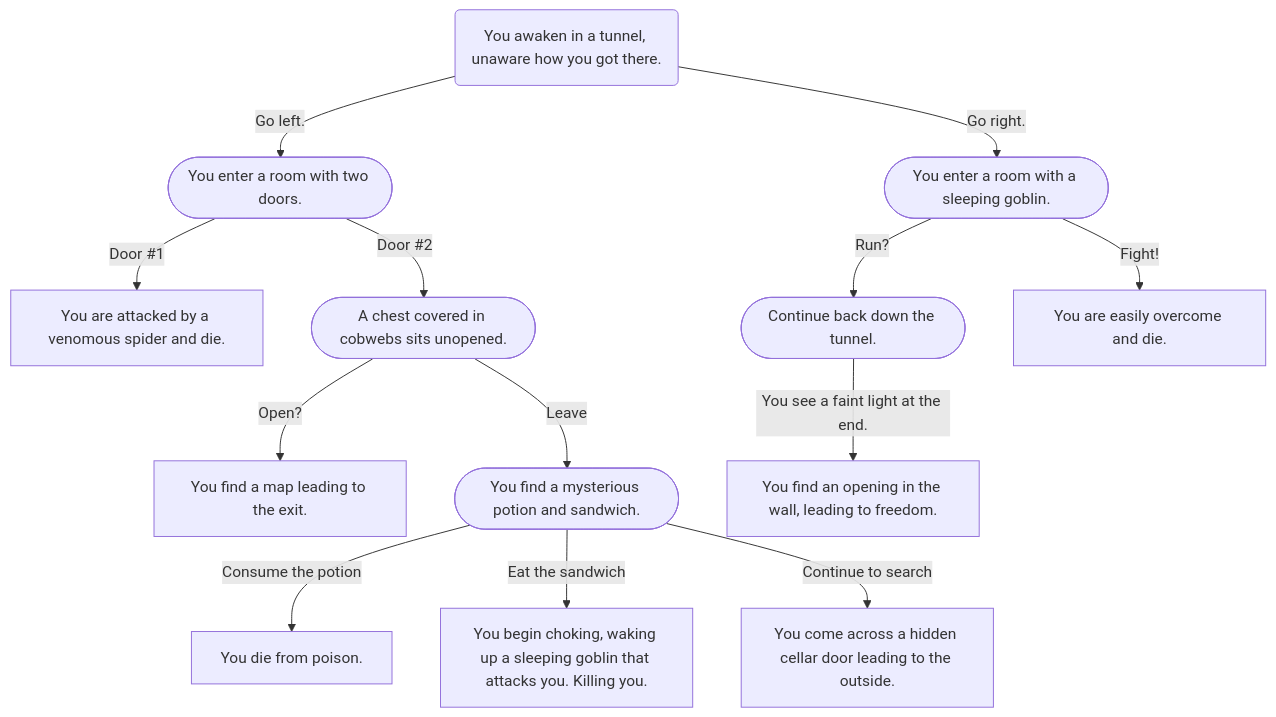
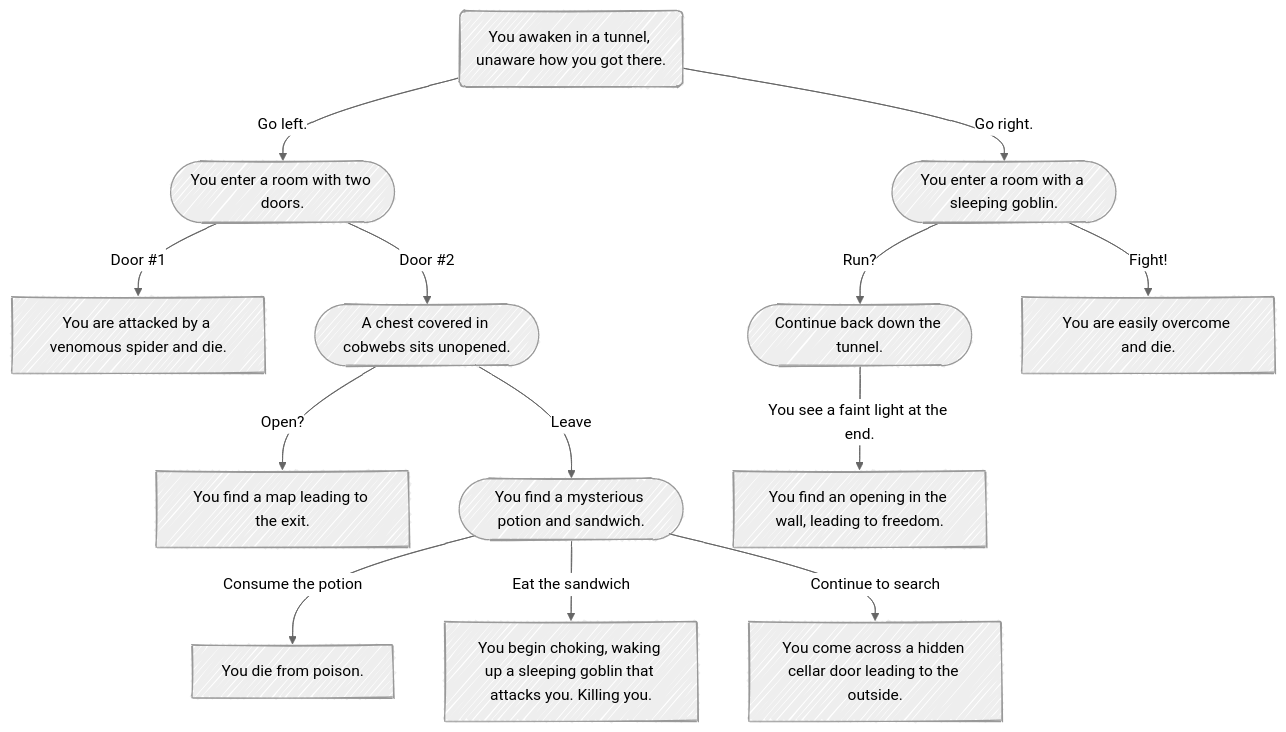
The diagram in MermaidDiagram.md (JM-Ball/JM-Ball.github.io), drawn with Mermaid before and after one commit. The commit also changed other lines of this file, not shown here.

First line of the commit message:
Update MermaidDiagram.md

````diff
--- a/MermaidDiagram.md
+++ b/MermaidDiagram.md
@@ -4,15 +5,20 @@
 ```mermaid
+---
+config:
+  look: handDrawn
+  theme: neutral
+---
     flowchart TD
     A(You awaken in a tunnel, unaware how you got there.) -->|Go left.| B([You enter a room with two doors.])
     A -->|Go right.| C([You enter a room with a sleeping goblin.])
     B -->|Door #1| D[You are attacked by a venomous spider and die.]
     B -->|Door #2| E([A chest covered in cobwebs sits unopened.])
     C -->|Run?| F([Continue back down the tunnel.])
     C -->|Fight!| H[You are easily overcome and die.]
     E -->|Open?| G[You find a map leading to the exit.]
     F -->|You see a faint light at the end.| I[You find an opening in the wall, leading to freedom.]
     E -->|Leave| J([You find a mysterious potion and sandwich.])
     J -->|Consume the potion|K[You die from poison.]
     J -->|Eat the sandwich| L[You begin choking, waking up a sleeping goblin that attacks you. Killing you.]
     J -->|Continue to search| M[You come across a hidden cellar door leading to the outside.]
 ```
````
